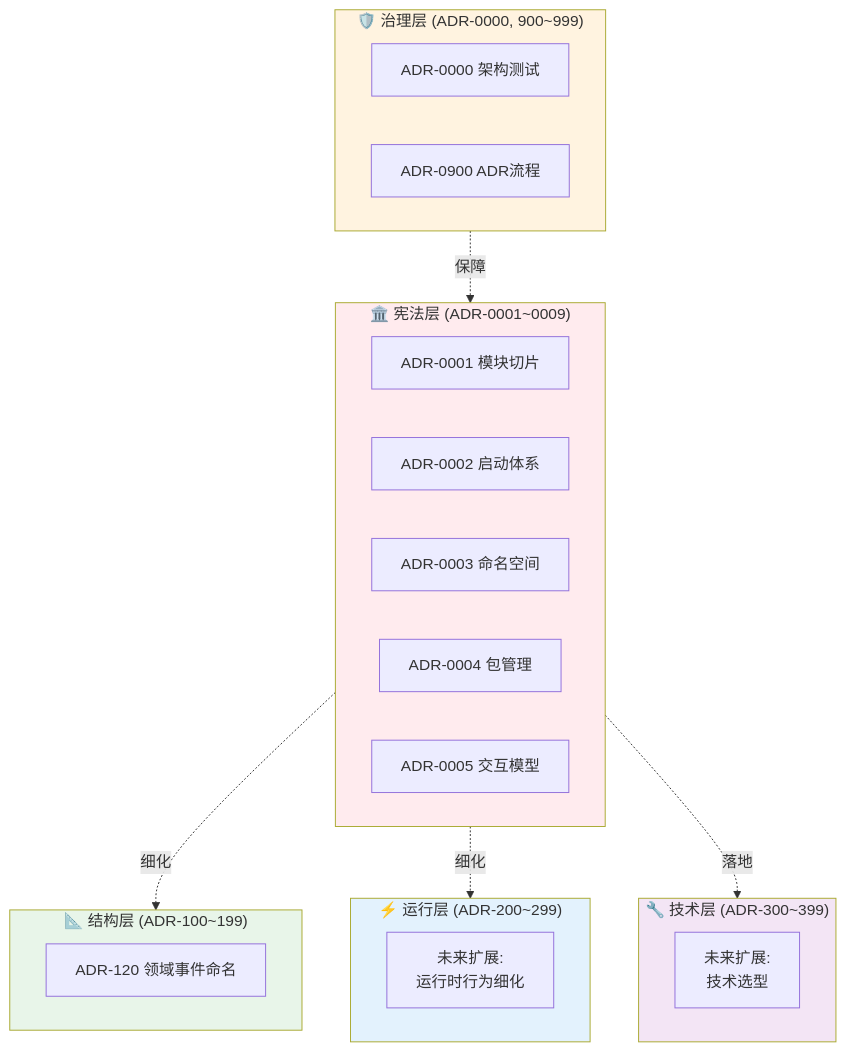
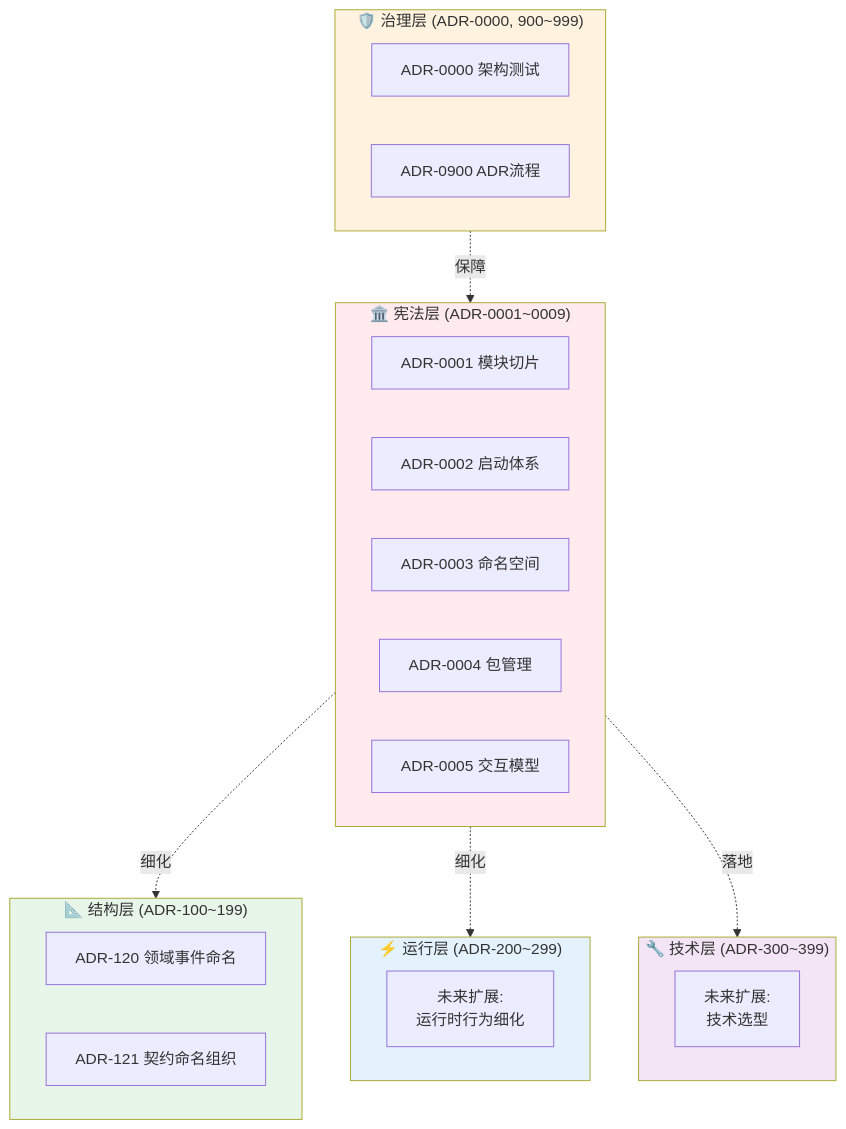
One commit to douhuaa/Zss.BilliardHall changed the diagram in docs/adr/README.md. Above: the diagram before and after it, drawn with Mermaid. The commit also changed other lines of this file and 4 other files, not shown here.

````diff
--- a/docs/adr/README.md
+++ b/docs/adr/README.md
@@ -78,37 +78,38 @@
 ```mermaid
 graph TB
     subgraph Constitutional["🏛️ 宪法层 (ADR-0001~0009)"]
         C1[ADR-0001 模块切片]
         C2[ADR-0002 启动体系]
         C3[ADR-0003 命名空间]
         C4[ADR-0004 包管理]
         C5[ADR-0005 交互模型]
     end
 
     subgraph Governance["🛡️ 治理层 (ADR-0000, 900~999)"]
         G0[ADR-0000 架构测试]
         G900[ADR-0900 ADR流程]
     end
 
     subgraph Structure["📐 结构层 (ADR-100~199)"]
         S120[ADR-120 领域事件命名]
+        S121[ADR-121 契约命名组织]
     end
 
     subgraph Runtime["⚡ 运行层 (ADR-200~299)"]
         R[未来扩展:<br/>运行时行为细化]
     end
 
     subgraph Technical["🔧 技术层 (ADR-300~399)"]
         T[未来扩展:<br/>技术选型]
     end
 
     Governance -. 保障 .-> Constitutional
     Constitutional -. 细化 .-> Structure
     Constitutional -. 细化 .-> Runtime
     Constitutional -. 落地 .-> Technical
     style Constitutional fill: #ffebee
     style Governance fill: #fff3e0
     style Structure fill: #e8f5e9
     style Runtime fill: #e3f2fd
     style Technical fill: #f3e5f5
 ```
````
